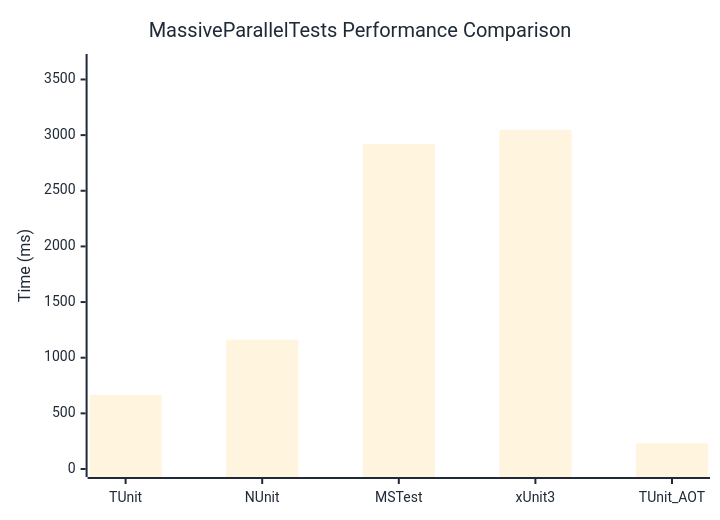
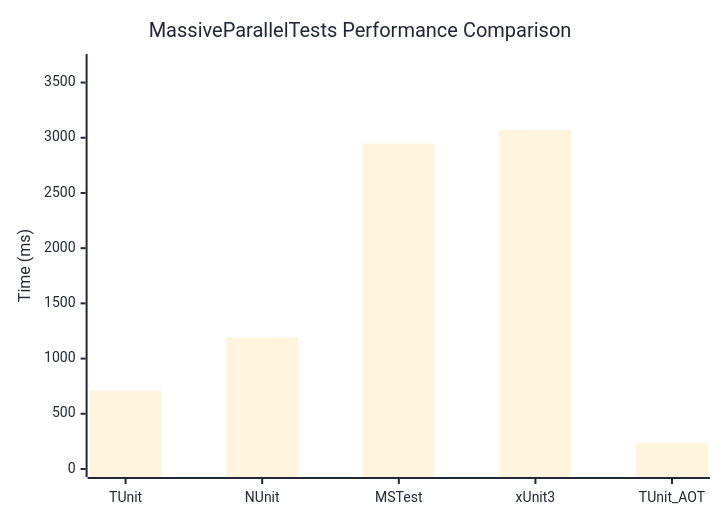
The diagram in docs/docs/benchmarks/MassiveParallelTests.md (thomhurst/TUnit), drawn with Mermaid before and after one commit. The commit also changed other lines of this file and 17 other files, not shown here.

````diff
--- a/docs/docs/benchmarks/MassiveParallelTests.md
+++ b/docs/docs/benchmarks/MassiveParallelTests.md
@@ -27,37 +27,37 @@
 ```mermaid
 %%{init: {
   'theme':'base',
   'themeVariables': {
     'primaryColor': '#2563eb',
     'primaryTextColor': '#1f2937',
     'primaryBorderColor': '#1e40af',
     'lineColor': '#6b7280',
     'secondaryColor': '#7c3aed',
     'tertiaryColor': '#dc2626',
     'background': '#ffffff',
     'mainBkg': '#2563eb',
     'secondBkg': '#7c3aed',
     'tertiaryBkg': '#dc2626',
     'clusterBkg': '#f3f4f6',
     'edgeLabelBackground': '#ffffff',
     'tertiaryTextColor': '#1f2937',
     'pie1': '#2563eb',
     'pie2': '#7c3aed',
     'pie3': '#dc2626',
     'pie4': '#f59e0b',
     'pie5': '#10b981',
     'pie6': '#06b6d4',
     'pie7': '#ec4899',
     'pie8': '#6366f1',
     'pie9': '#84cc16',
     'pie10': '#f97316',
     'pie11': '#14b8a6',
     'pie12': '#a855f7'
   }
 }}%%
 xychart-beta
   title "MassiveParallelTests Performance Comparison"
   x-axis ["TUnit", "NUnit", "MSTest", "xUnit3", "TUnit_AOT"]
-  y-axis "Time (ms)" 0 --> 3657
-  bar [665.9, 1161.6, 2920.3, 3046.8, 230.3]
+  y-axis "Time (ms)" 0 --> 3686
+  bar [710.3, 1192.8, 2947.9, 3071.4, 233.5]
 ```
````
